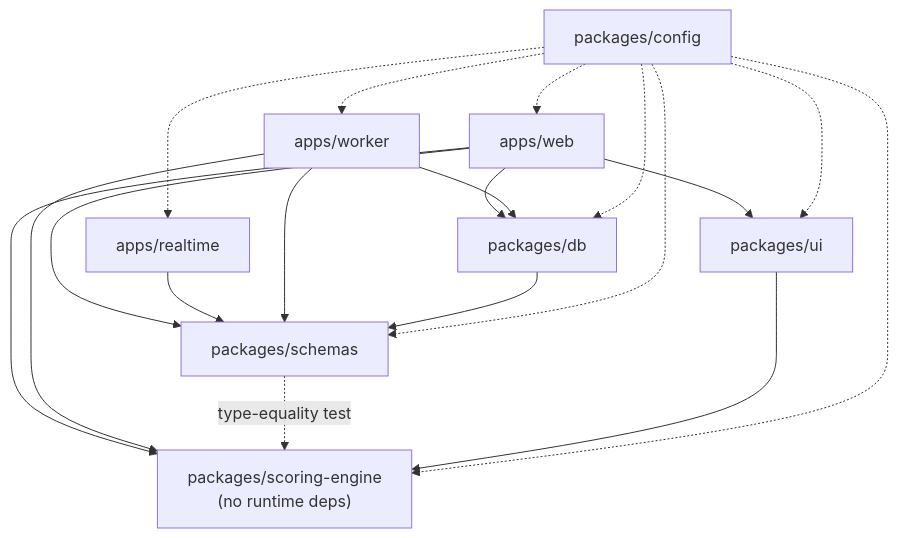
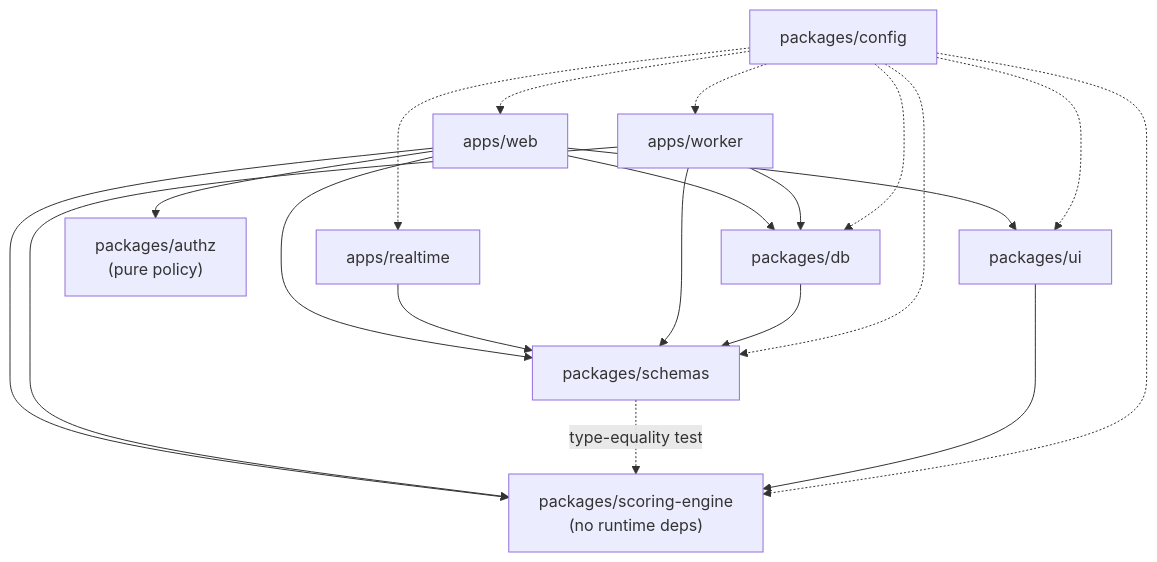
The fourth of 4 diagrams in docs/ARCHITECTURE.md (EISAGHANI/cricket-scoring-app), drawn with Mermaid before and after one commit. The commit also changed other lines of this file and 9 other files, not shown here.

````diff
--- a/docs/ARCHITECTURE.md
+++ b/docs/ARCHITECTURE.md
@@ -114,11 +114,12 @@
 ```mermaid
 flowchart TB
-  web["apps/web"] --> engine & schemas & db & ui
+  web["apps/web"] --> engine & schemas & db & ui & authz
   realtime["apps/realtime"] --> schemas
   worker["apps/worker"] --> engine & schemas & db
   db["packages/db"] --> schemas
   schemas["packages/schemas"] -. "type-equality test" .-> engine
   ui["packages/ui"] --> engine
   engine["packages/scoring-engine<br/>(no runtime deps)"]
+  authz["packages/authz<br/>(pure policy)"]
   config["packages/config"] -.-> web & realtime & worker & db & schemas & ui & engine
 ```
````
